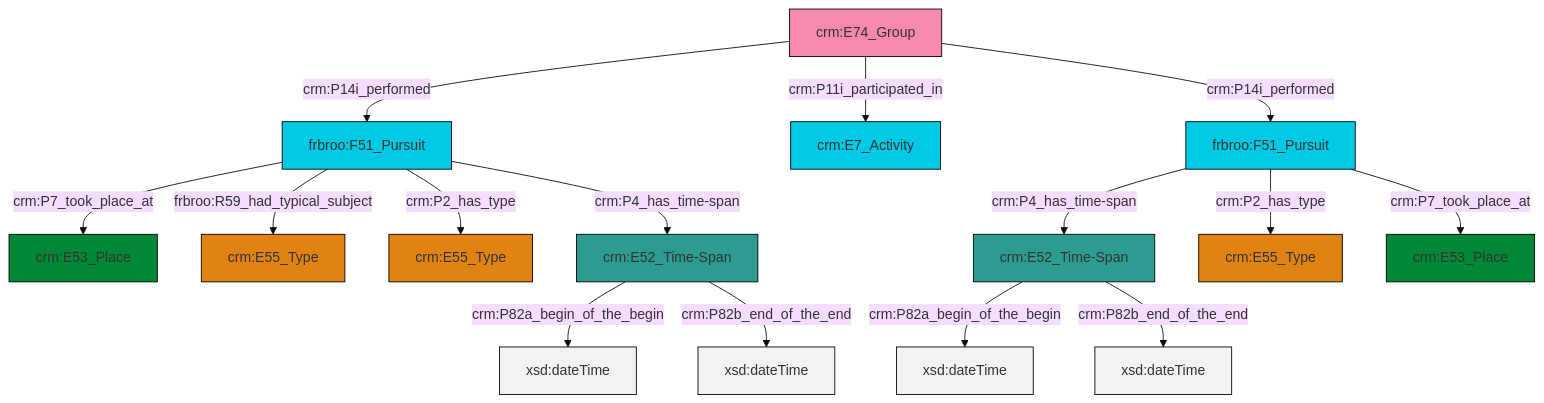
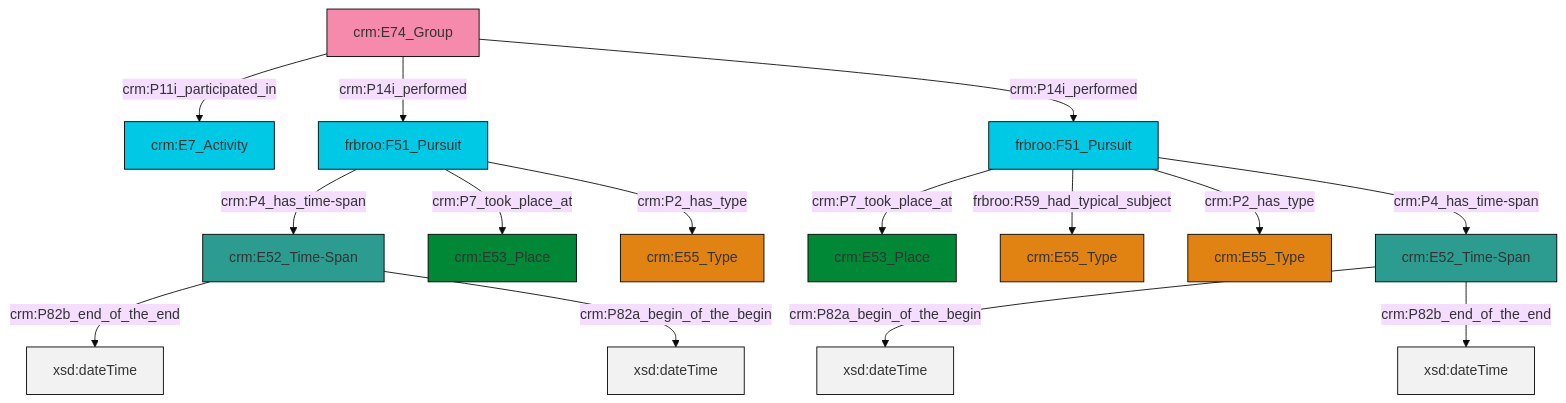
One commit to swiss-art-research-net/docs.swissartresearch changed the diagram in et/groupCSV/ttl/mmd/group_events.ttl.mmd. Above: the diagram before and after it, drawn with Mermaid (base theme). The commit also changed 179 other files, not shown here.

```diff
--- a/et/groupCSV/ttl/mmd/group_events.ttl.mmd
+++ b/et/groupCSV/ttl/mmd/group_events.ttl.mmd
@@ -1,29 +1,29 @@
 graph TD
 classDef Literal fill:#f2f2f2,stroke:#000000;
 classDef CRM_Entity fill:#FFFFFF,stroke:#000000;
 classDef Temporal_Entity fill:#00C9E6, stroke:#000000;
 classDef Type fill:#E18312, stroke:#000000;
 classDef Time-Span fill:#2C9C91, stroke:#000000;
 classDef Appellation fill:#FFEB7F, stroke:#000000;
 classDef Place fill:#008836, stroke:#000000;
 classDef Persistent_Item fill:#B266B2, stroke:#000000;
 classDef Conceptual_Object fill:#FFD700, stroke:#000000;
 classDef Physical_Thing fill:#D2B48C, stroke:#000000;
 classDef Actor fill:#f58aad, stroke:#000000;
 classDef PC_Classes fill:#4ce600, stroke:#000000;
 classDef Multi fill:#cccccc,stroke:#000000;
 
-0["frbroo:F51_Pursuit"]:::Temporal_Entity -->|crm:P7_took_place_at| 1["crm:E53_Place"]:::Place
-9["crm:E74_Group"]:::Actor -->|crm:P14i_performed| 0["frbroo:F51_Pursuit"]:::Temporal_Entity
-9["crm:E74_Group"]:::Actor -->|crm:P11i_participated_in| 12["crm:E7_Activity"]:::Temporal_Entity
-4["crm:E52_Time-Span"]:::Time-Span -->|crm:P82a_begin_of_the_begin| 15[xsd:dateTime]:::Literal
-0["frbroo:F51_Pursuit"]:::Temporal_Entity -->|frbroo:R59_had_typical_subject| 16["crm:E55_Type"]:::Type
-6["frbroo:F51_Pursuit"]:::Temporal_Entity -->|crm:P4_has_time-span| 17["crm:E52_Time-Span"]:::Time-Span
-17["crm:E52_Time-Span"]:::Time-Span -->|crm:P82a_begin_of_the_begin| 18[xsd:dateTime]:::Literal
-17["crm:E52_Time-Span"]:::Time-Span -->|crm:P82b_end_of_the_end| 21[xsd:dateTime]:::Literal
-0["frbroo:F51_Pursuit"]:::Temporal_Entity -->|crm:P2_has_type| 13["crm:E55_Type"]:::Type
-4["crm:E52_Time-Span"]:::Time-Span -->|crm:P82b_end_of_the_end| 25[xsd:dateTime]:::Literal
-6["frbroo:F51_Pursuit"]:::Temporal_Entity -->|crm:P2_has_type| 2["crm:E55_Type"]:::Type
-6["frbroo:F51_Pursuit"]:::Temporal_Entity -->|crm:P7_took_place_at| 10["crm:E53_Place"]:::Place
-0["frbroo:F51_Pursuit"]:::Temporal_Entity -->|crm:P4_has_time-span| 4["crm:E52_Time-Span"]:::Time-Span
-9["crm:E74_Group"]:::Actor -->|crm:P14i_performed| 6["frbroo:F51_Pursuit"]:::Temporal_Entity
+4["crm:E74_Group"]:::Actor -->|crm:P11i_participated_in| 5["crm:E7_Activity"]:::Temporal_Entity
+6["crm:E52_Time-Span"]:::Time-Span -->|crm:P82a_begin_of_the_begin| 7[xsd:dateTime]:::Literal
+4["crm:E74_Group"]:::Actor -->|crm:P14i_performed| 8["frbroo:F51_Pursuit"]:::Temporal_Entity
+9["frbroo:F51_Pursuit"]:::Temporal_Entity -->|crm:P7_took_place_at| 10["crm:E53_Place"]:::Place
+9["frbroo:F51_Pursuit"]:::Temporal_Entity -->|frbroo:R59_had_typical_subject| 15["crm:E55_Type"]:::Type
+8["frbroo:F51_Pursuit"]:::Temporal_Entity -->|crm:P4_has_time-span| 17["crm:E52_Time-Span"]:::Time-Span
+4["crm:E74_Group"]:::Actor -->|crm:P14i_performed| 9["frbroo:F51_Pursuit"]:::Temporal_Entity
+17["crm:E52_Time-Span"]:::Time-Span -->|crm:P82b_end_of_the_end| 19[xsd:dateTime]:::Literal
+17["crm:E52_Time-Span"]:::Time-Span -->|crm:P82a_begin_of_the_begin| 20[xsd:dateTime]:::Literal
+6["crm:E52_Time-Span"]:::Time-Span -->|crm:P82b_end_of_the_end| 22[xsd:dateTime]:::Literal
+8["frbroo:F51_Pursuit"]:::Temporal_Entity -->|crm:P7_took_place_at| 2["crm:E53_Place"]:::Place
+9["frbroo:F51_Pursuit"]:::Temporal_Entity -->|crm:P2_has_type| 0["crm:E55_Type"]:::Type
+8["frbroo:F51_Pursuit"]:::Temporal_Entity -->|crm:P2_has_type| 12["crm:E55_Type"]:::Type
+9["frbroo:F51_Pursuit"]:::Temporal_Entity -->|crm:P4_has_time-span| 6["crm:E52_Time-Span"]:::Time-Span
```
